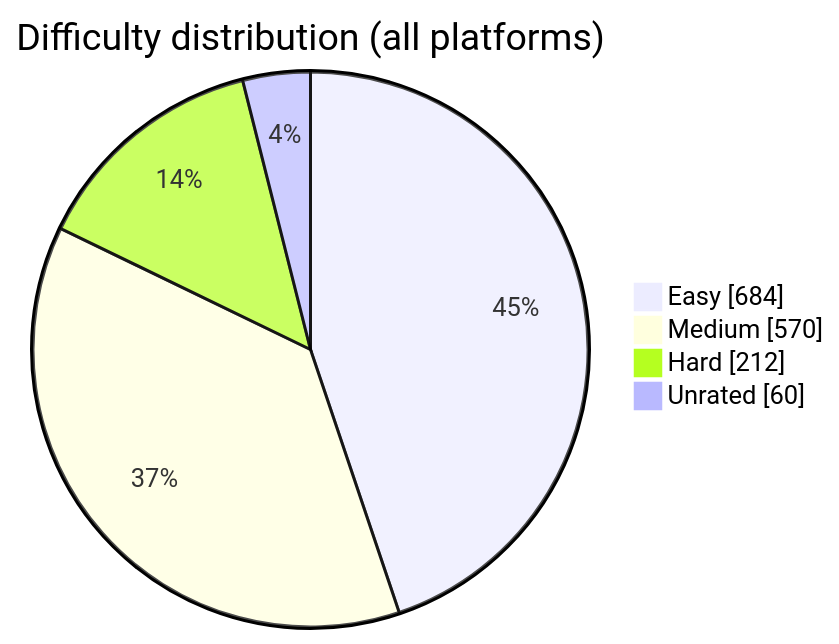
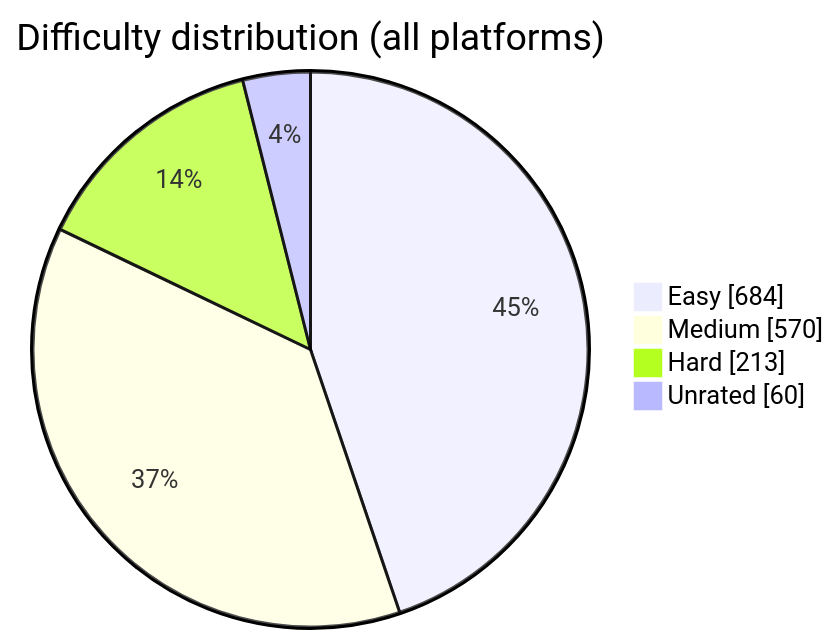
The diagram in README.md (BuildbyArindam/Daily-Coding-Log), drawn with Mermaid before and after one commit. The commit also changed other lines of this file, not shown here.

````diff
--- a/README.md
+++ b/README.md
@@ -93,7 +93,7 @@
 ```mermaid
 pie showData title Difficulty distribution (all platforms)
     "Easy" : 684
     "Medium" : 570
-    "Hard" : 212
+    "Hard" : 213
     "Unrated" : 60
 ```
````
